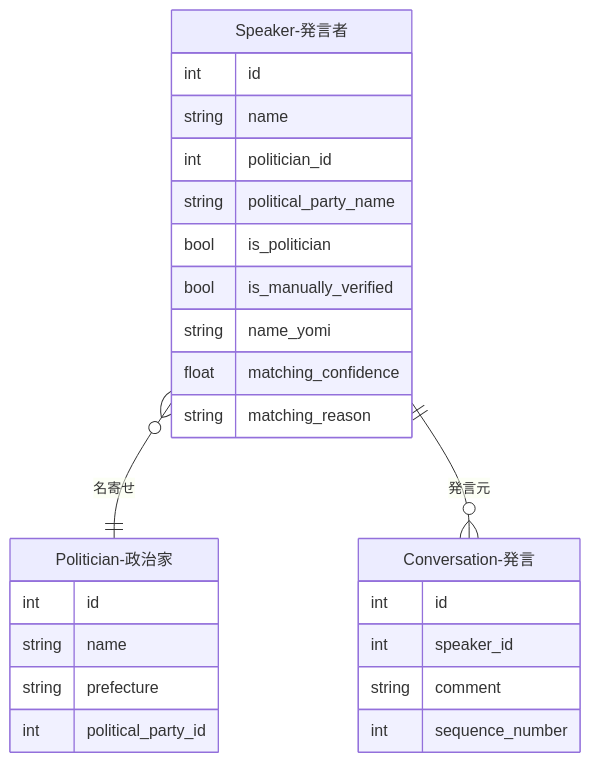
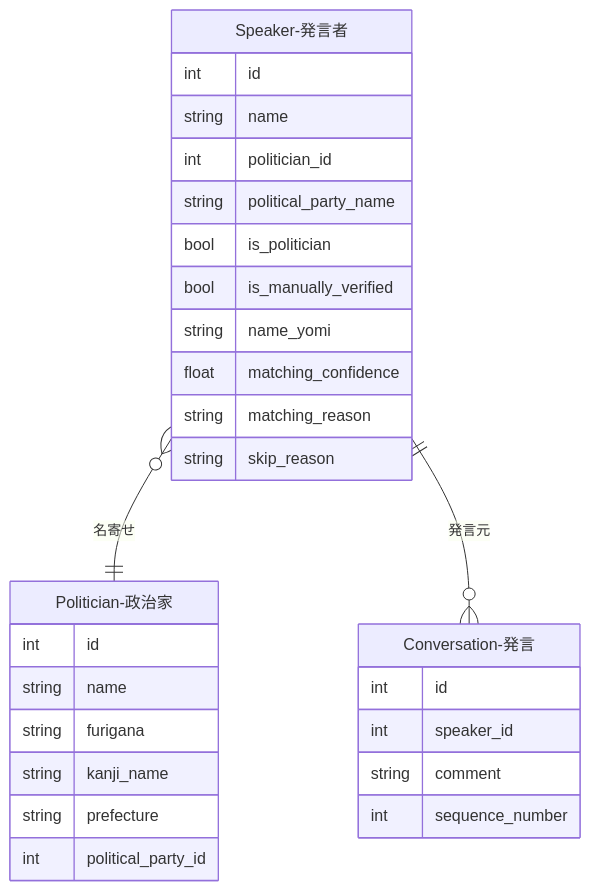
One commit to sage-base/corporation-docs changed the first of 3 diagrams in docs/development/data-creation/relations/speaker-politician.md. Above: the diagram before and after it, drawn with Mermaid. The commit also changed other lines of this file and 1 other file, not shown here.

````diff
--- a/docs/development/data-creation/relations/speaker-politician.md
+++ b/docs/development/data-creation/relations/speaker-politician.md
@@ -7,31 +7,34 @@
 ```mermaid
 erDiagram
     Speaker-発言者 }o--|| Politician-政治家 : "名寄せ"
     Speaker-発言者 ||--o{ Conversation-発言 : "発言元"
 
     Speaker-発言者 {
         int id
         string name
         int politician_id
         string political_party_name
         bool is_politician
         bool is_manually_verified
         string name_yomi
         float matching_confidence
         string matching_reason
+        string skip_reason
     }
 
     Politician-政治家 {
         int id
         string name
+        string furigana
+        string kanji_name
         string prefecture
         int political_party_id
     }
 
     Conversation-発言 {
         int id
         int speaker_id
         string comment
         int sequence_number
     }
 ```
````
